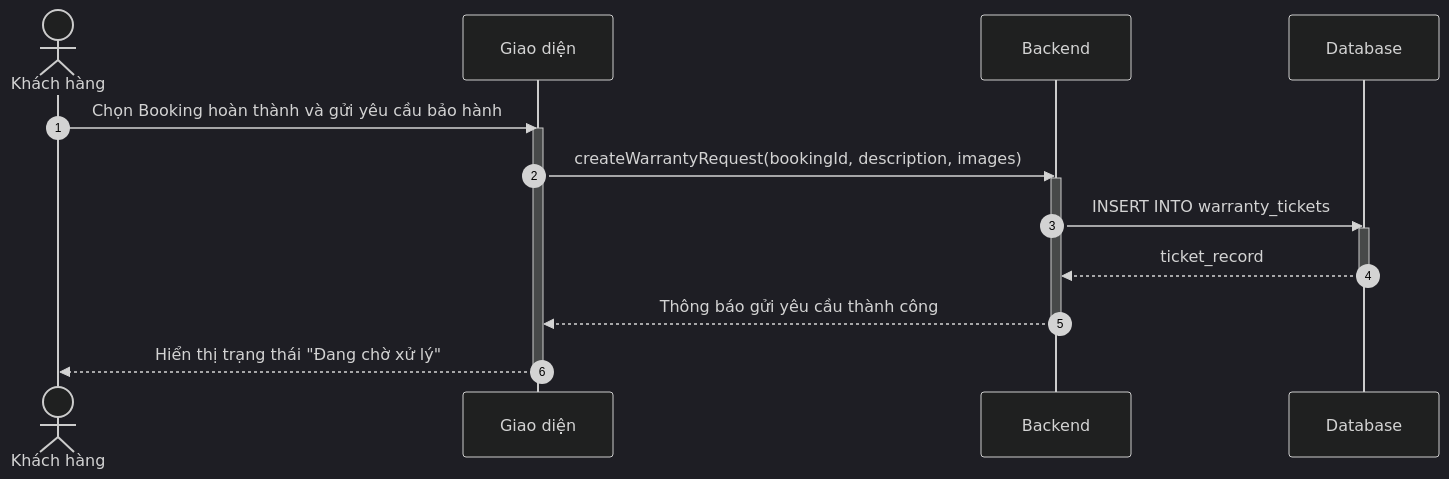
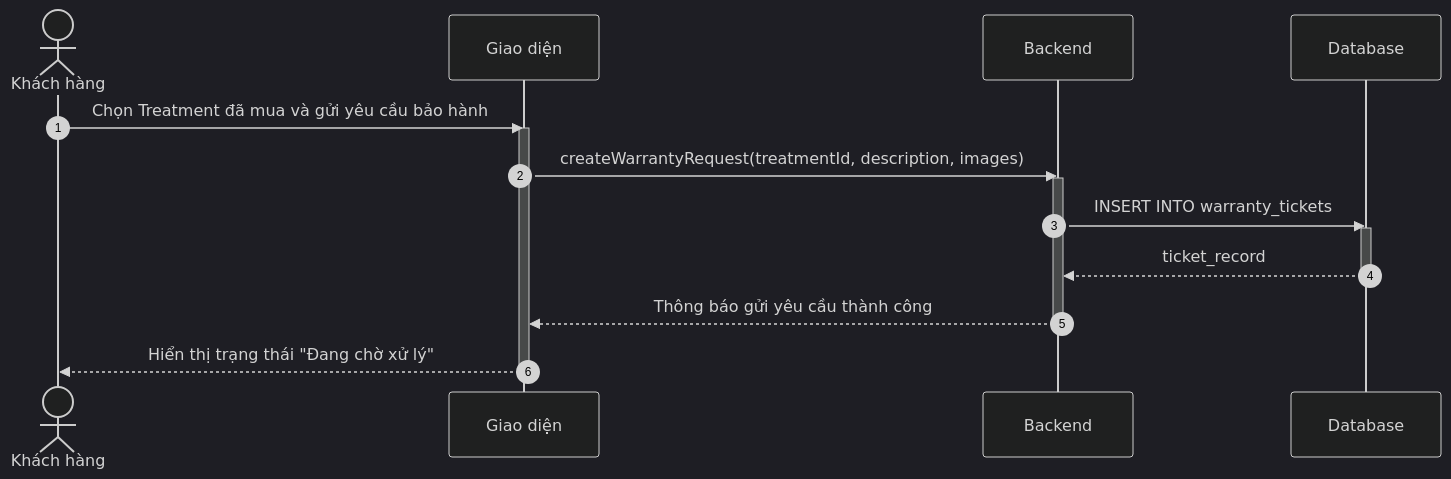
One commit to ngoctinn/Synapse changed the tenth of 10 diagrams in docs/design/sequences/customer_flows.md. Above: the diagram before and after it, drawn with Mermaid (dark theme). The commit also changed 29 other files, not shown here.

````diff
--- a/docs/design/sequences/customer_flows.md
+++ b/docs/design/sequences/customer_flows.md
@@ -325,24 +325,24 @@
 ```mermaid
 sequenceDiagram
     autonumber
     actor KH as Khách hàng
     participant UI as Giao diện
     participant BE as Backend
     participant DB as Database
 
-    KH->>UI: Chọn Booking hoàn thành và gửi yêu cầu bảo hành
+    KH->>UI: Chọn Treatment đã mua và gửi yêu cầu bảo hành
     activate UI
-    UI->>BE: createWarrantyRequest(bookingId, description, images)
+    UI->>BE: createWarrantyRequest(treatmentId, description, images)
     activate BE
 
     BE->>DB: INSERT INTO warranty_tickets
     activate DB
     DB-->>BE: ticket_record
     deactivate DB
 
     BE-->>UI: Thông báo gửi yêu cầu thành công
     deactivate BE
 
     UI-->>KH: Hiển thị trạng thái "Đang chờ xử lý"
     deactivate UI
 ```
````
